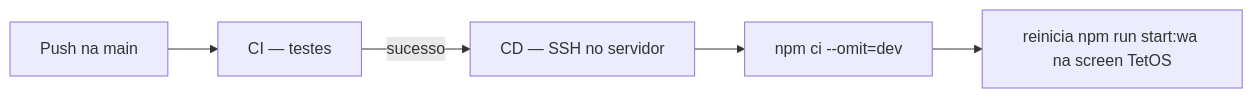
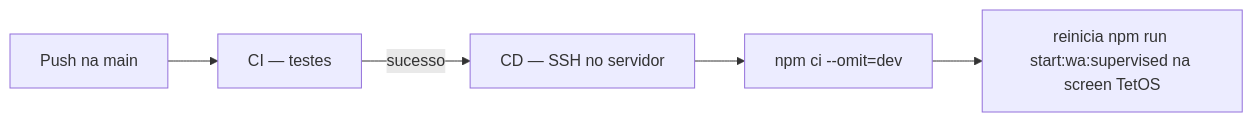
One commit to saygabbis/TetOS changed the diagram in docs/DEPLOY_WA.md. Above: the diagram before and after it, drawn with Mermaid. The commit also changed other lines of this file and 199 other files, not shown here.

````diff
--- a/docs/DEPLOY_WA.md
+++ b/docs/DEPLOY_WA.md
@@ -19,7 +19,7 @@
 ```mermaid
 flowchart LR
   A[Push na main] --> B[CI — testes]
   B -->|sucesso| C[CD — SSH no servidor]
   C --> D[npm ci --omit=dev]
-  D --> E[reinicia npm run start:wa na screen TetOS]
+  D --> E[reinicia npm run start:wa:supervised na screen TetOS]
 ```
````
